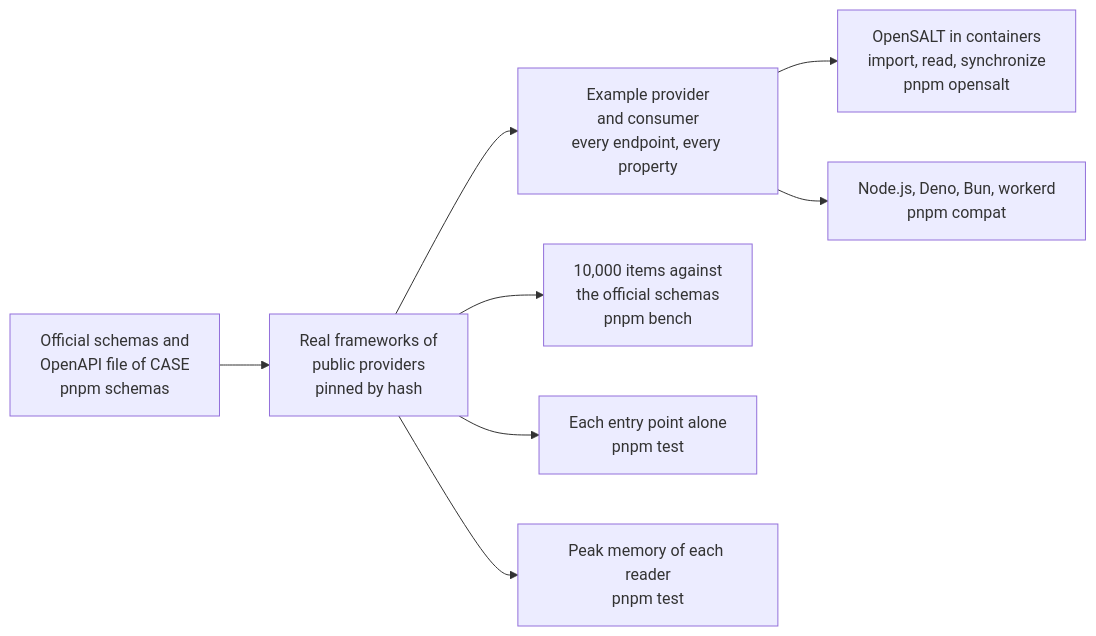
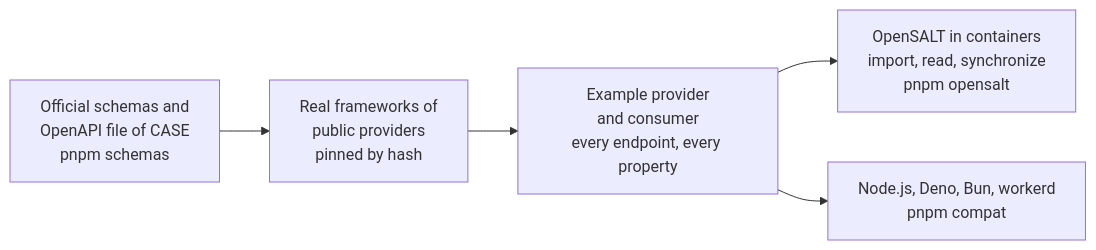
One commit to interopkit/interopkit changed the diagram in docs/competency-frameworks/evidence.md. Above: the diagram before and after it, drawn with Mermaid. The commit also changed other lines of this file and 43 other files, not shown here.

````diff
--- a/docs/competency-frameworks/evidence.md
+++ b/docs/competency-frameworks/evidence.md
@@ -8,10 +7,7 @@
 ```mermaid
 flowchart LR
   schemas["Official schemas and<br/>OpenAPI file of CASE<br/>pnpm schemas"] --> frameworks["Real frameworks of<br/>public providers<br/>pinned by hash"]
   frameworks --> example["Example provider<br/>and consumer<br/>every endpoint, every property"]
   example --> opensalt["OpenSALT in containers<br/>import, read, synchronize<br/>pnpm opensalt"]
   example --> runtimes["Node.js, Deno, Bun, workerd<br/>pnpm compat"]
-  frameworks --> speed["10,000 items against<br/>the official schemas<br/>pnpm bench"]
-  frameworks --> size["Each entry point alone<br/>pnpm test"]
-  frameworks --> memory["Peak memory of each reader<br/>pnpm test"]
 ```
````
